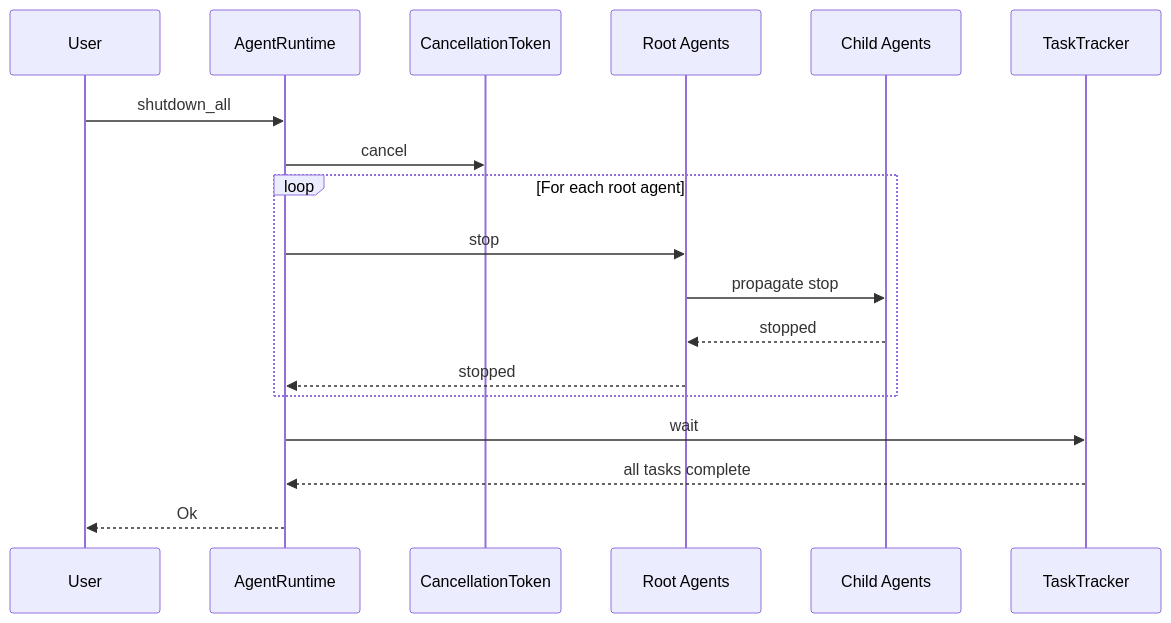
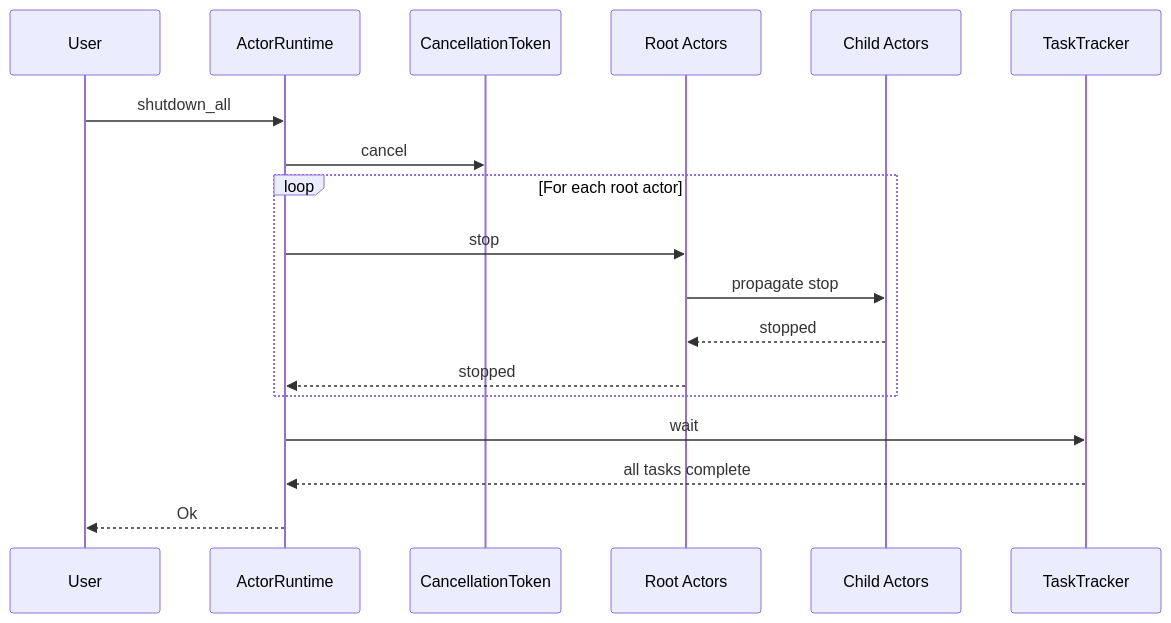
Before and after one commit to Govcraft/acton-reactive: diagram 12 of 12 in acton-docs-site/src/app/docs/architecture/page.md, drawn with Mermaid. The commit also changed other lines of this file and 115 other files, not shown here.

````diff
--- a/acton-docs-site/src/app/docs/architecture/page.md
+++ b/acton-docs-site/src/app/docs/architecture/page.md
@@ -573,23 +629,23 @@
 ```mermaid
 sequenceDiagram
     participant User
-    participant Runtime as AgentRuntime
+    participant Runtime as ActorRuntime
     participant Token as CancellationToken
-    participant Roots as Root Agents
-    participant Children as Child Agents
+    participant Roots as Root Actors
+    participant Children as Child Actors
     participant Tracker as TaskTracker
 
     User->>Runtime: shutdown_all
     Runtime->>Token: cancel
 
-    loop For each root agent
+    loop For each root actor
         Runtime->>Roots: stop
         Roots->>Children: propagate stop
         Children-->>Roots: stopped
         Roots-->>Runtime: stopped
     end
 
     Runtime->>Tracker: wait
     Tracker-->>Runtime: all tasks complete
     Runtime-->>User: Ok
 ```
````
